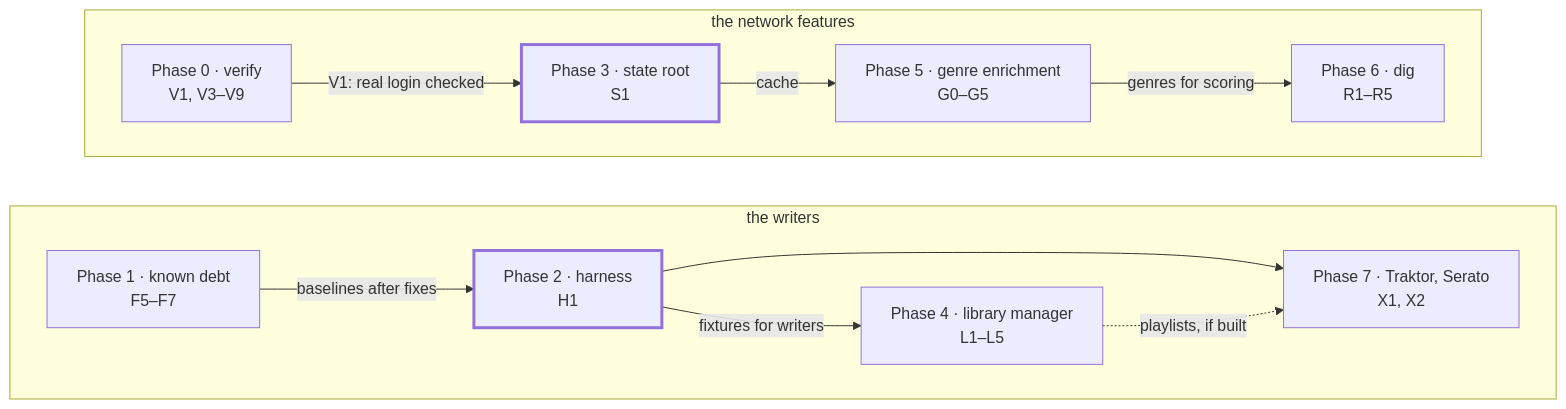
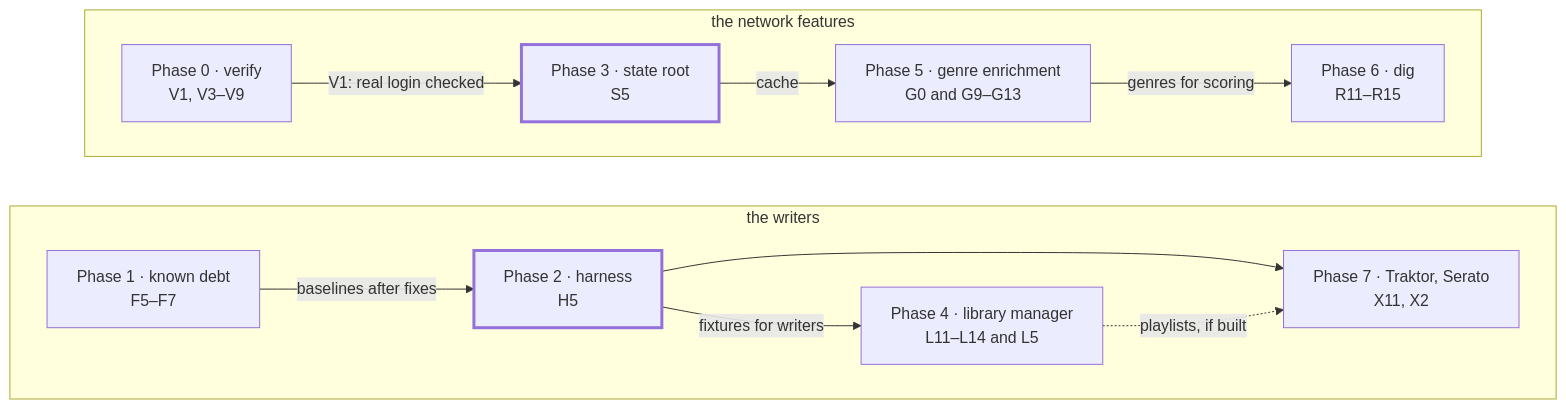
Before and after one commit to eigenomarksamy/selecta: the diagram in docs/plan.md, drawn with Mermaid. The commit also changed other lines of this file and 2 other files, not shown here.

````diff
--- a/docs/plan.md
+++ b/docs/plan.md
@@ -1302,18 +1302,18 @@
 ```mermaid
 flowchart LR
   subgraph writers["the writers"]
     direction LR
-    P1["Phase 1 · known debt<br/>F5–F7"] -->|"baselines after fixes"| P2["Phase 2 · harness<br/>H1"]
-    P2 -->|"fixtures for writers"| P4["Phase 4 · library manager<br/>L1–L5"]
-    P2 --> P7["Phase 7 · Traktor, Serato<br/>X1, X2"]
+    P1["Phase 1 · known debt<br/>F5–F7"] -->|"baselines after fixes"| P2["Phase 2 · harness<br/>H5"]
+    P2 -->|"fixtures for writers"| P4["Phase 4 · library manager<br/>L11–L14 and L5"]
+    P2 --> P7["Phase 7 · Traktor, Serato<br/>X11, X2"]
     P4 -.->|"playlists, if built"| P7
   end
   subgraph network["the network features"]
     direction LR
-    P0["Phase 0 · verify<br/>V1, V3–V9"] -->|"V1: real login checked"| P3["Phase 3 · state root<br/>S1"]
-    P3 -->|"cache"| P5["Phase 5 · genre enrichment<br/>G0–G5"]
-    P5 -->|"genres for scoring"| P6["Phase 6 · dig<br/>R1–R5"]
+    P0["Phase 0 · verify<br/>V1, V3–V9"] -->|"V1: real login checked"| P3["Phase 3 · state root<br/>S5"]
+    P3 -->|"cache"| P5["Phase 5 · genre enrichment<br/>G0 and G9–G13"]
+    P5 -->|"genres for scoring"| P6["Phase 6 · dig<br/>R11–R15"]
   end
   classDef foundation stroke-width:3px
   class P2,P3 foundation
 ```
````
